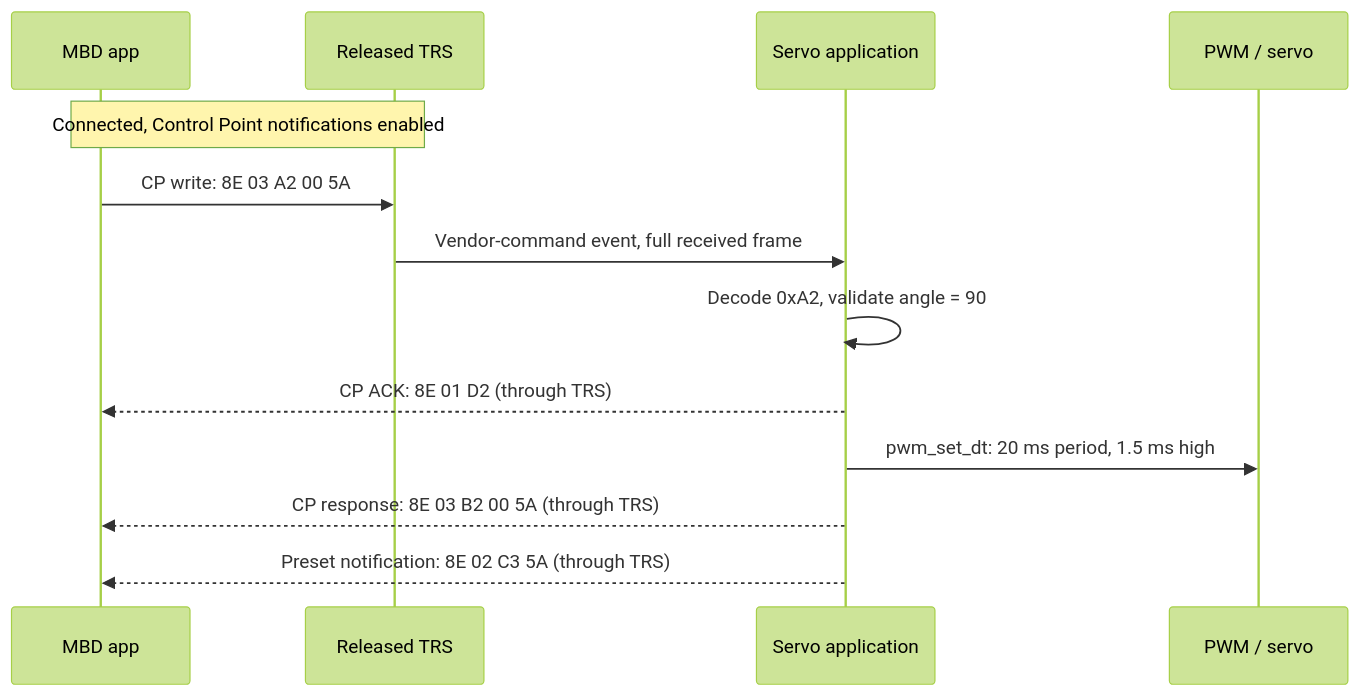
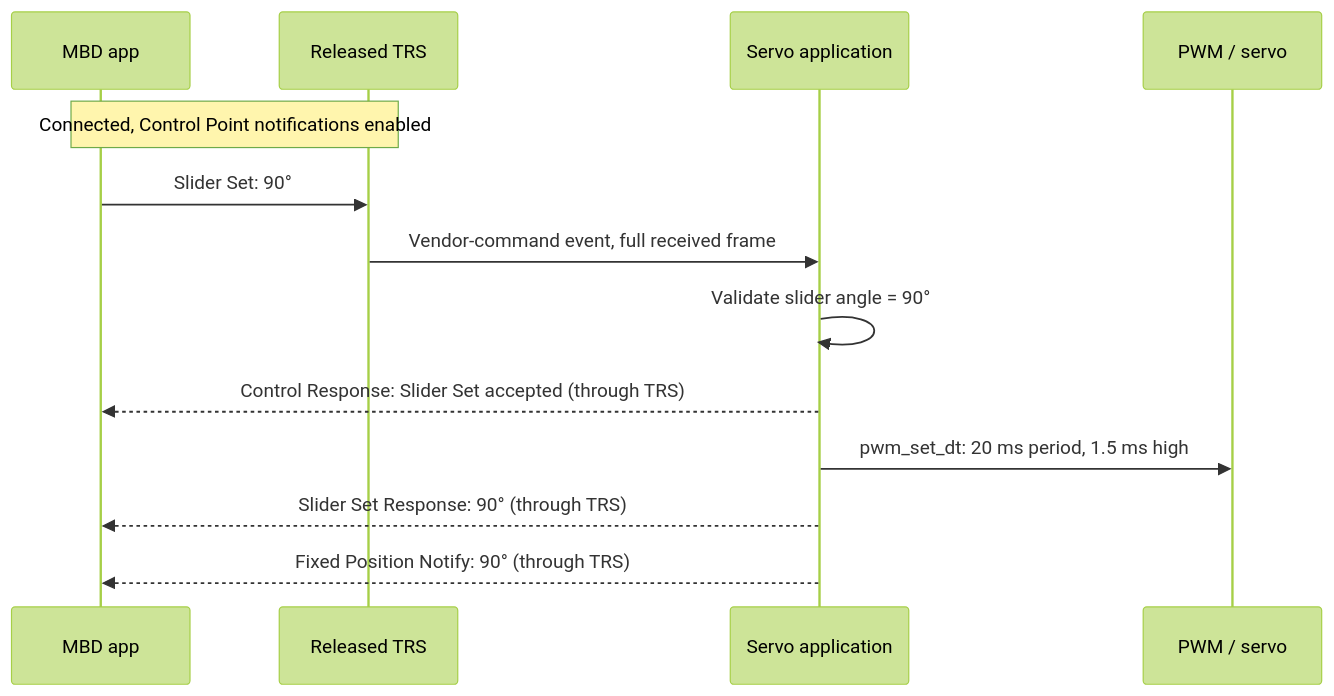
Before and after one commit to MicrochipTech/Bluetooth_LE_180_Servo_Motor_Control: the third of 3 diagrams in README.md, drawn with Mermaid (forest theme).

Commit message:
Use MBD command names in BLE sequence

````diff
--- a/README.md
+++ b/README.md
@@ -311,15 +311,15 @@
 ```mermaid
 sequenceDiagram
     participant M as MBD app
     participant T as Released TRS
     participant A as Servo application
     participant P as PWM / servo
     Note over M,T: Connected, Control Point notifications enabled
-    M->>T: CP write: 8E 03 A2 00 5A
+    M->>T: Slider Set: 90°
     T->>A: Vendor-command event, full received frame
-    A->>A: Decode 0xA2, validate angle = 90
-    A-->>M: CP ACK: 8E 01 D2 (through TRS)
+    A->>A: Validate slider angle = 90°
+    A-->>M: Control Response: Slider Set accepted (through TRS)
     A->>P: pwm_set_dt: 20 ms period, 1.5 ms high
-    A-->>M: CP response: 8E 03 B2 00 5A (through TRS)
-    A-->>M: Preset notification: 8E 02 C3 5A (through TRS)
+    A-->>M: Slider Set Response: 90° (through TRS)
+    A-->>M: Fixed Position Notify: 90° (through TRS)
 ```
````
